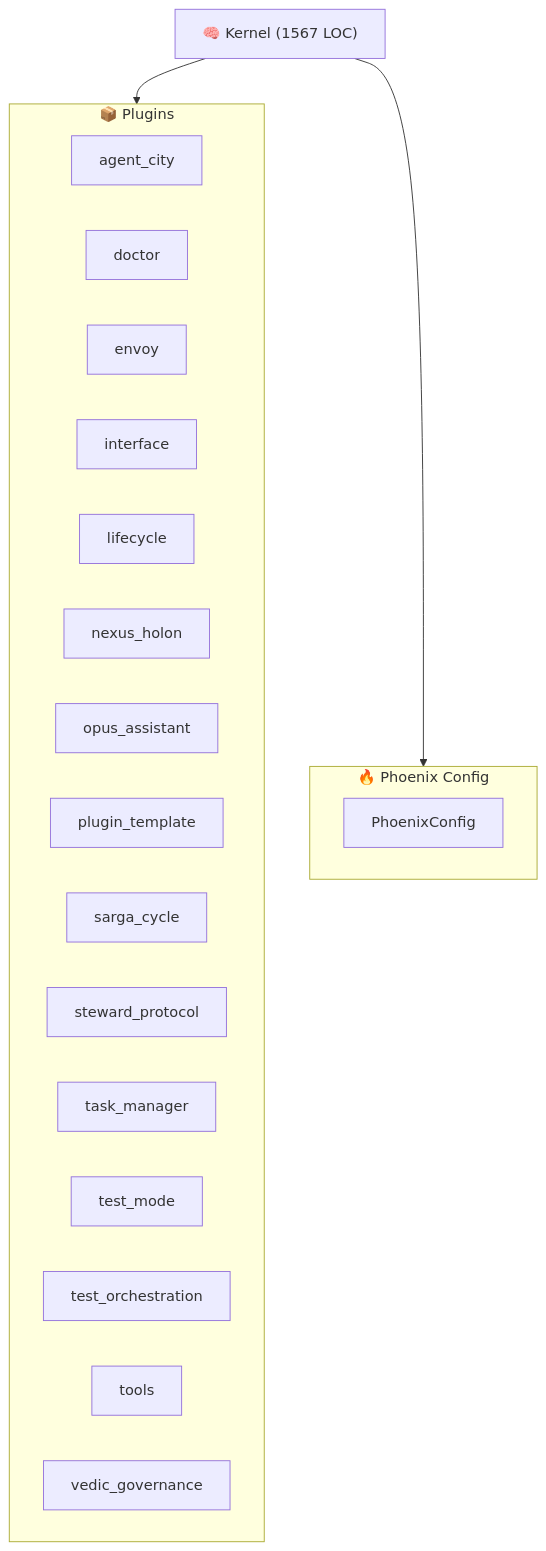
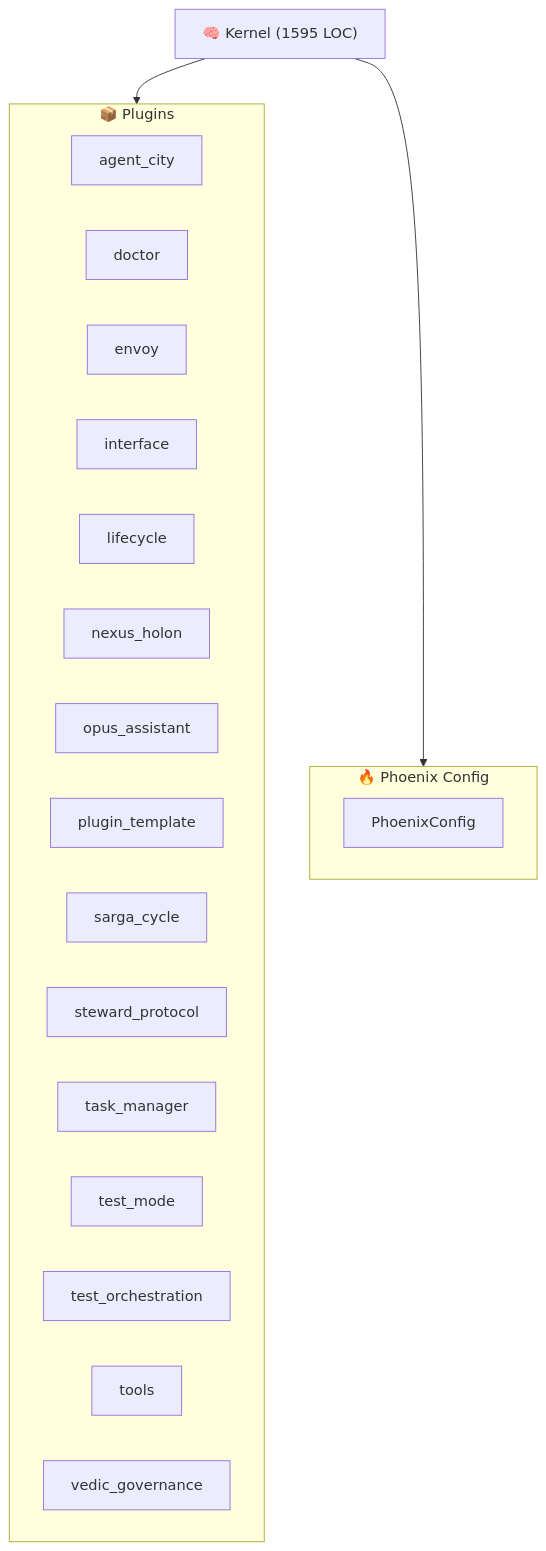
One commit to kimeisele/steward-protocol changed the diagram in ARCHITECTURE.md. Above: the diagram before and after it, drawn with Mermaid. The commit also changed other lines of this file and 16 other files, not shown here.

````diff
--- a/ARCHITECTURE.md
+++ b/ARCHITECTURE.md
@@ -8,26 +8,26 @@
 ```mermaid
 graph TB
-    K["🧠 Kernel (1567 LOC)"]
+    K["🧠 Kernel (1595 LOC)"]
     subgraph Plugins["📦 Plugins"]
         P_agent_city["agent_city"]
         P_doctor["doctor"]
         P_envoy["envoy"]
         P_interface["interface"]
         P_lifecycle["lifecycle"]
         P_nexus_holon["nexus_holon"]
         P_opus_assistant["opus_assistant"]
         P_plugin_template["plugin_template"]
         P_sarga_cycle["sarga_cycle"]
         P_steward_protocol["steward_protocol"]
         P_task_manager["task_manager"]
         P_test_mode["test_mode"]
         P_test_orchestration["test_orchestration"]
         P_tools["tools"]
         P_vedic_governance["vedic_governance"]
     end
     K --> Plugins
     subgraph Config["🔥 Phoenix Config"]
         PC[PhoenixConfig]
     end
     K --> Config
 ```
````
